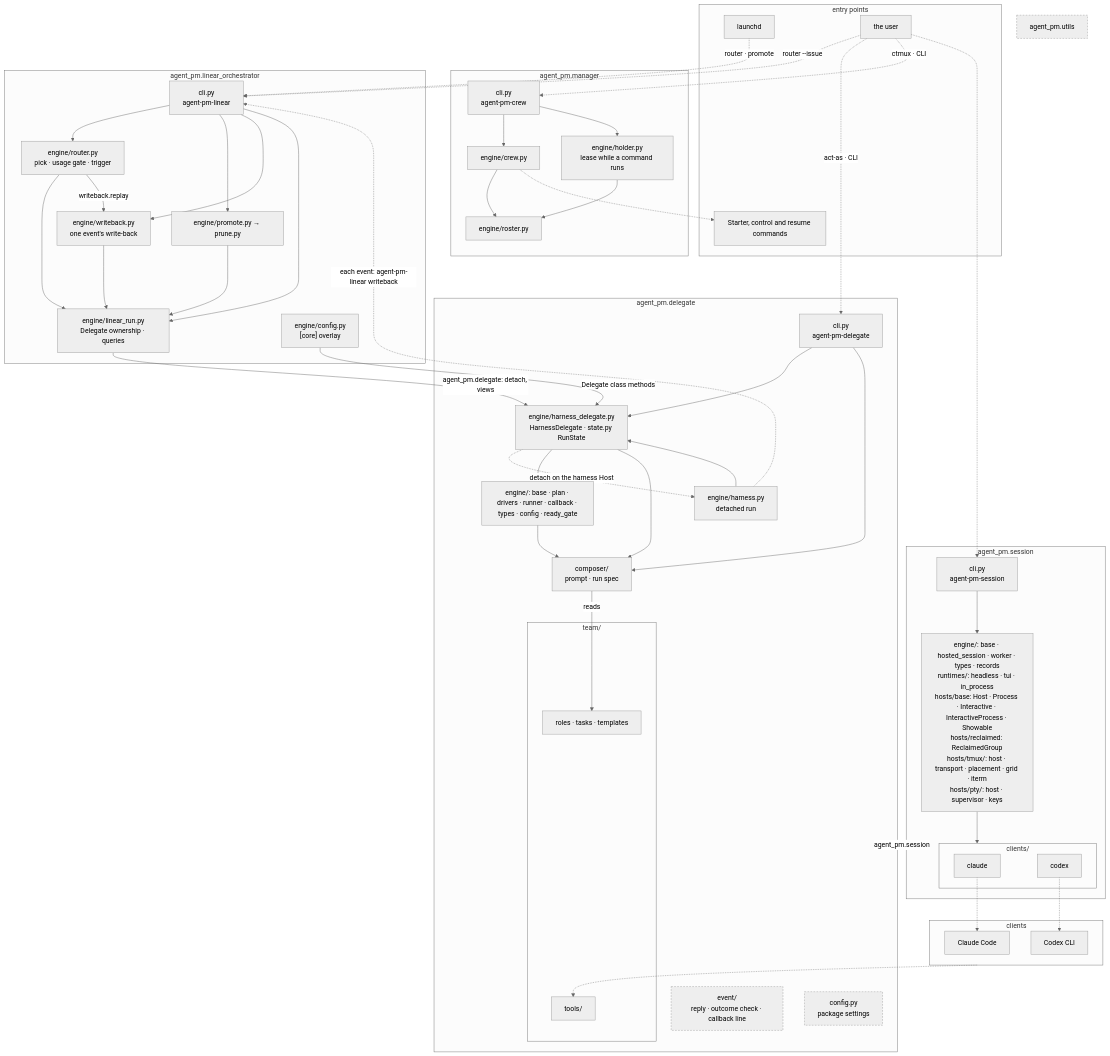
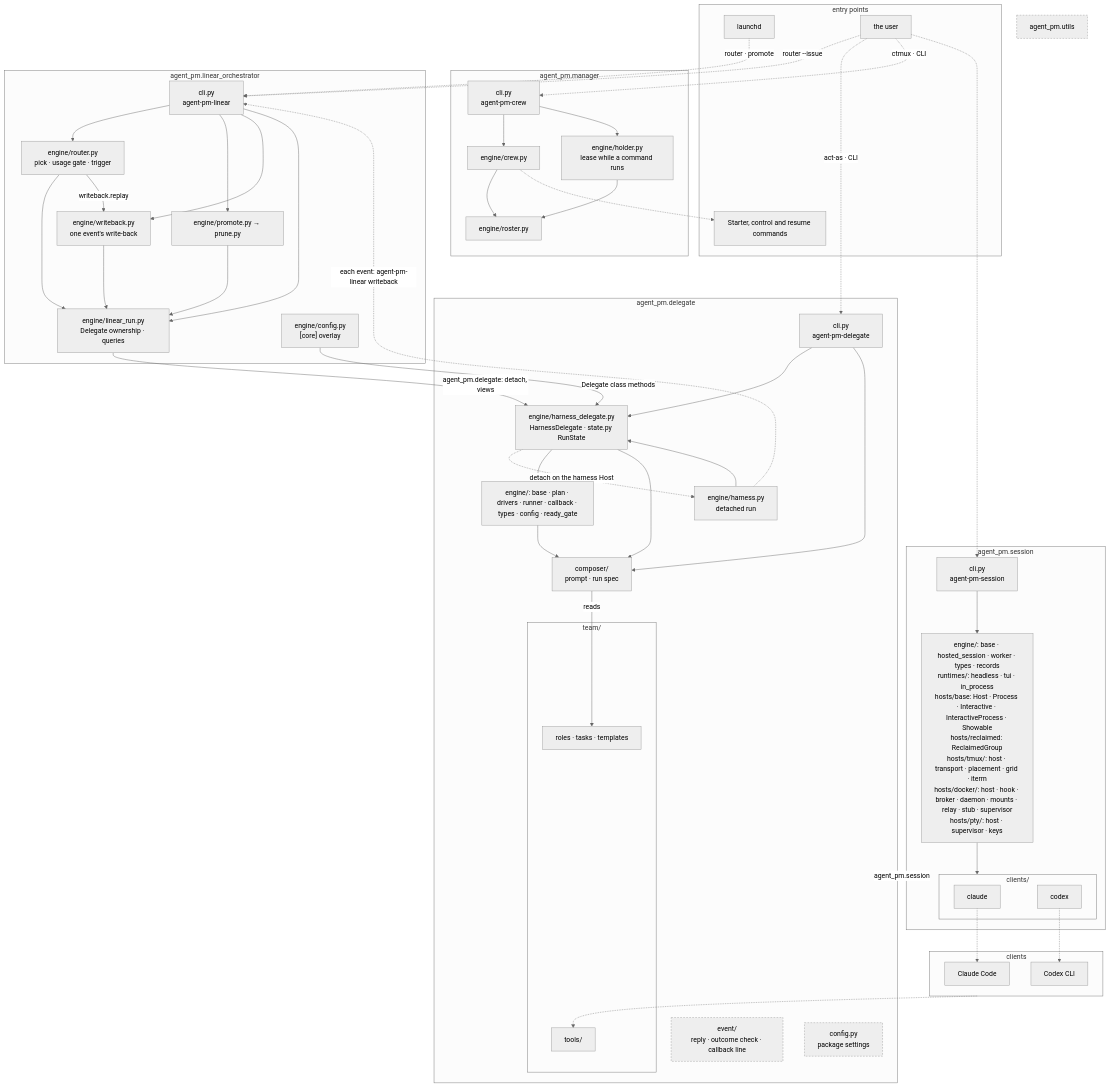
The diagram in docs/architecture.md (ophis/agent-pm), drawn with Mermaid (neutral theme) before and after one commit. The commit also changed 9 other files, not shown here.

First line of the commit message:
TASK-606: DockerHost 从 hosts/tmux 挪到 hosts/docker (#371)

````diff
--- a/docs/architecture.md
+++ b/docs/architecture.md
@@ -5,72 +5,72 @@
 ```mermaid
 flowchart TB
   subgraph EN[entry points]
     LD[launchd]
     HU[the user]
     CC[Starter, control and resume commands]
   end
   subgraph MG[agent_pm.manager]
     MC["cli.py<br>agent-pm-crew"] --> W["engine/crew.py"] --> RS["engine/roster.py"]
     MC --> HO["engine/holder.py<br>lease while a command runs"] --> RS
   end
   subgraph LO[agent_pm.linear_orchestrator]
     LCLI["cli.py<br>agent-pm-linear"]
     R["engine/router.py<br>pick · usage gate · trigger"]
     LR["engine/linear_run.py<br>Delegate ownership · queries"]
     WB["engine/writeback.py<br>one event's write-back"]
     PP["engine/promote.py → prune.py"]
     LC["engine/config.py<br>[core] overlay"]
   end
   subgraph DL[agent_pm.delegate]
     D["cli.py<br>agent-pm-delegate"]
     HD["engine/harness_delegate.py<br>HarnessDelegate · state.py RunState"]
     H["engine/harness.py<br>detached run"]
     E["engine/: base · plan · drivers · runner · callback · types · config · ready_gate"]
     C["composer/<br>prompt · run spec"]
     EV["event/<br>reply · outcome check · callback line"]
     CF["config.py<br>package settings"]
     subgraph TM[team/]
       T["roles · tasks · templates"]
       AT[tools/]
     end
   end
   subgraph SE[agent_pm.session]
     SC["cli.py<br>agent-pm-session"]
-    DR["engine/: base · hosted_session · worker · types · records<br>runtimes/: headless · tui · in_process<br>hosts/base: Host · Process · Interactive · InteractiveProcess · Showable<br>hosts/reclaimed: ReclaimedGroup<br>hosts/tmux/: host · transport · placement · grid · iterm<br>hosts/pty/: host · supervisor · keys"]
+    DR["engine/: base · hosted_session · worker · types · records<br>runtimes/: headless · tui · in_process<br>hosts/base: Host · Process · Interactive · InteractiveProcess · Showable<br>hosts/reclaimed: ReclaimedGroup<br>hosts/tmux/: host · transport · placement · grid · iterm<br>hosts/docker/: host · hook · broker · daemon · mounts · relay · stub · supervisor<br>hosts/pty/: host · supervisor · keys"]
     subgraph AD[clients/]
       CL[claude]
       CX[codex]
     end
   end
   U[agent_pm.utils]
   subgraph RT[clients]
     P1[Claude Code]
     P2[Codex CLI]
   end
   LD -.->|"router · promote"| LCLI
   HU -.->|"router --issue"| LCLI
   HU -.->|"act-as · CLI"| D
   HU -.->|"ctmux · CLI"| MC
   HU -.-> SC
   SC --> DR
   LCLI --> R & PP & WB & LR
   R & PP & WB --> LR
   R -->|"writeback.replay"| WB
   LR -->|"agent_pm.delegate: detach, views"| HD
   H -.->|"each event: agent-pm-linear writeback"| LCLI
   LC -->|"Delegate class methods"| HD
   W -.-> CC
   D & H --> HD
   D --> C
   HD -.->|"detach on the harness Host"| H
   HD --> E & C
   E --> C
   DL -->|agent_pm.session| SE
   C -->|reads| T
   DR --> AD
   CL -.-> P1
   CX -.-> P2
   RT -.-> AT
   classDef shared stroke-dasharray: 4 3
   class EV,U,CF shared
 ```
````
